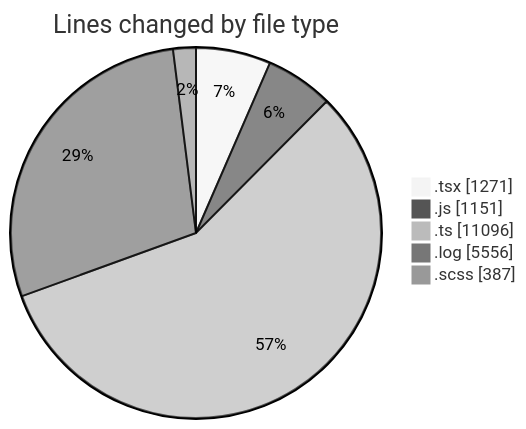
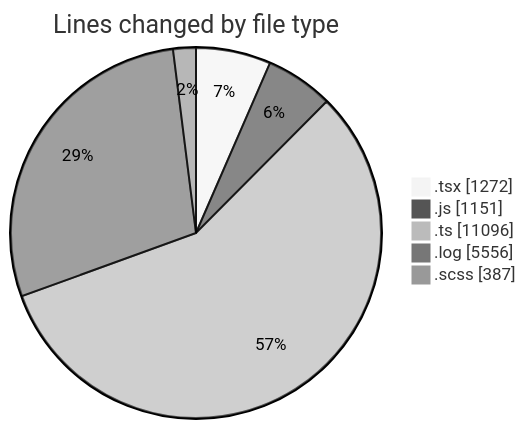
One commit to momahboobian/code-tracking changed the first of 2 diagrams in 2026-04-09/cda/README.md. Above: the diagram before and after it, drawn with Mermaid (neutral theme). The commit also changed other lines of this file and 1 other file, not shown here.

````diff
--- a/2026-04-09/cda/README.md
+++ b/2026-04-09/cda/README.md
@@ -32,9 +32,9 @@
 ```mermaid
 pie showData
 title Lines changed by file type
-".tsx" : 1271
+".tsx" : 1272
 ".js" : 1151
 ".ts" : 11096
 ".log" : 5556
 ".scss" : 387
 ```
````
